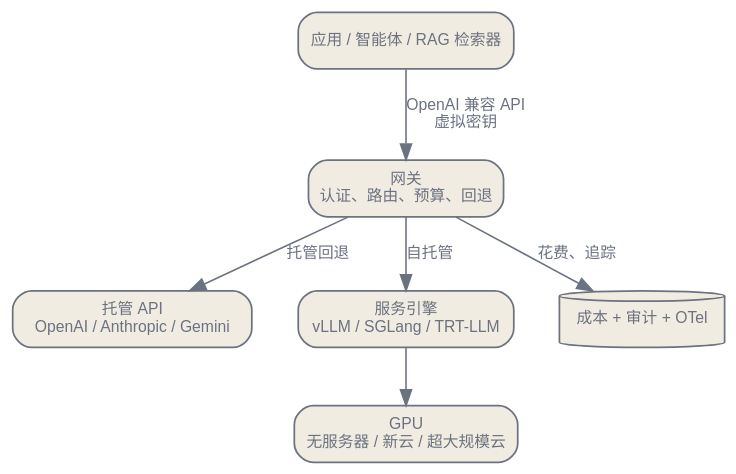
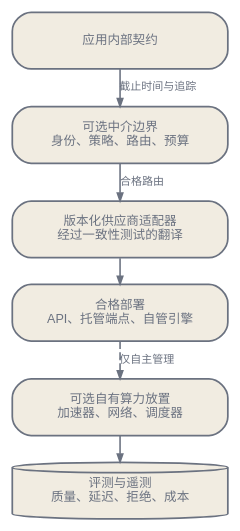
One commit to latere-ai/ai-as-an-infrastructure changed the second of 3 diagrams in zh/practice/02-serving-and-compute.qmd. Above: the diagram before and after it, drawn with Graphviz. The commit also changed other lines of this file and 2 other files, not shown here.

````diff
--- a/zh/practice/02-serving-and-compute.qmd
+++ b/zh/practice/02-serving-and-compute.qmd
@@ -16,22 +57,25 @@
 ```{dot}
 //| label: fig-serving-stack
-//| fig-cap: "贯穿自托管栈的请求路径。一条 OpenAI 兼容接口从应用一直走到引擎，因此任一层都可被替换而不必重写其他层。"
+//| fig-cap: "一条保持契约的请求路径。供应商适配器依据内部契约完成经过测试的转换；算力放置边界只适用于自主管理的部署方式。"
 digraph {
   bgcolor="transparent";
   rankdir=TB;
-  nodesep=0.4; ranksep=0.5;
-  node [shape=box, style="rounded,filled", fontname="Helvetica", fontsize=10, color="#6b7280", fontcolor="#6b7280", fillcolor="#f1ece1", penwidth=1.1];
-  edge [fontsize=10, fontname="Helvetica", color="#6b7280", fontcolor="#6b7280"];
-  app [label="应用 / 智能体 / RAG 检索器"];
-  gw [label="网关\n认证、路由、预算、回退"];
-  api [label="托管 API\nOpenAI / Anthropic / Gemini"];
-  eng [label="服务引擎\nvLLM / SGLang / TRT-LLM"];
-  gpu [label="GPU\n无服务器 / 新云 / 超大规模云"];
-  obs [label="成本 + 审计 + OTel", shape=cylinder];
-  app -> gw [label="OpenAI 兼容 API\n虚拟密钥"];
-  gw -> api [label="托管回退"];
-  gw -> eng [label="自托管"];
-  eng -> gpu;
-  gw -> obs [label="花费、追踪"];
+  nodesep=0.14; ranksep=0.22;
+  node [shape=box, style="rounded,filled", fontname="Helvetica", fontsize=8,
+        color="#6b7280", fontcolor="#6b7280", fillcolor="#f1ece1",
+        penwidth=1.1, margin="0.05,0.03", width=1.9];
+  edge [fontsize=7, fontname="Helvetica", color="#6b7280",
+        fontcolor="#6b7280", arrowsize=0.5];
+  app [label="应用内部契约"];
+  policy [label="可选中介边界\n身份、策略、路由、预算"];
+  adapter [label="版本化供应商适配器\n经过一致性测试的翻译"];
+  deployment [label="合格部署\nAPI、托管端点、自管引擎"];
+  compute [label="可选自有算力放置\n加速器、网络、调度器"];
+  evidence [label="评测与遥测\n质量、延迟、拒绝、成本", shape=cylinder];
+  app -> policy [label="截止时间与追踪"];
+  policy -> adapter [label="合格路由"];
+  adapter -> deployment;
+  deployment -> compute [style=dashed, label="仅自主管理"];
+  compute -> evidence;
 }
 ```
````
